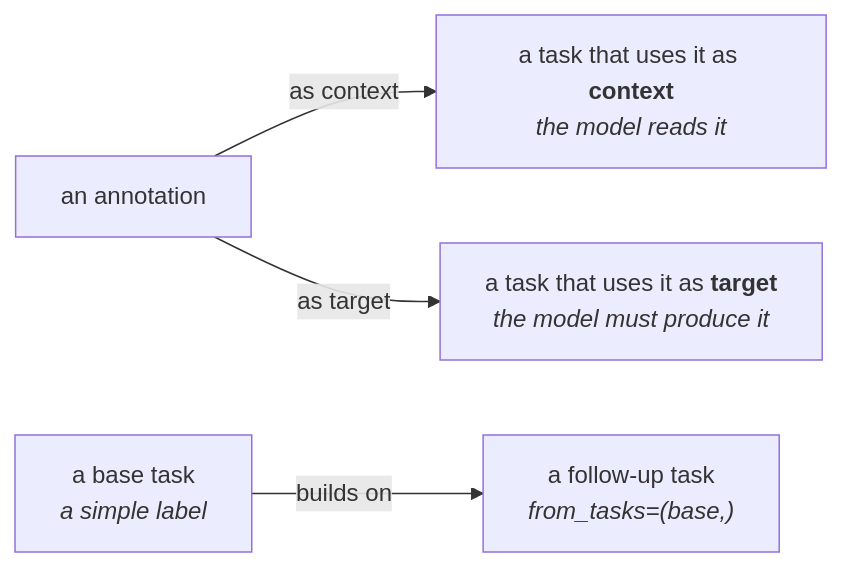
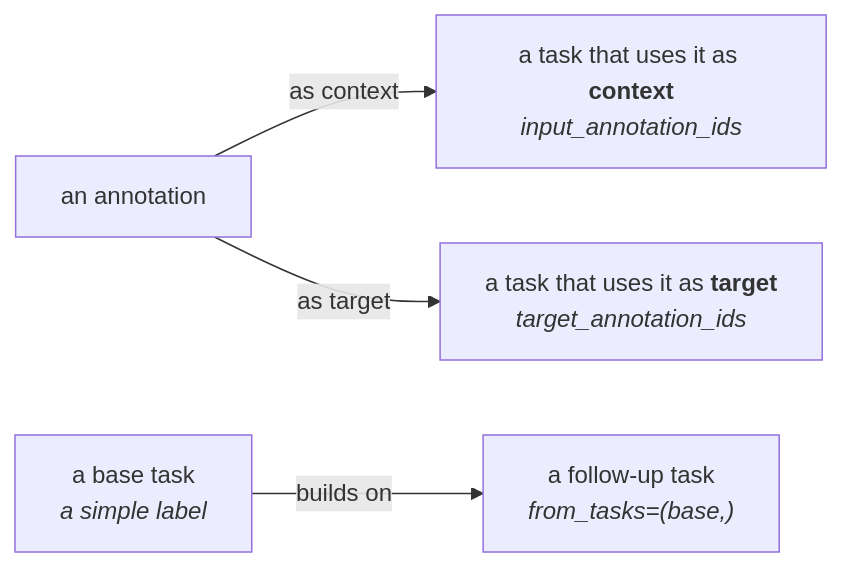
One commit to OpenTSLM/TimeNet changed the diagram in docs/data-model/tasks.md. Above: the diagram before and after it, drawn with Mermaid. The commit also changed other lines of this file and 22 other files, not shown here.

````diff
--- a/docs/data-model/tasks.md
+++ b/docs/data-model/tasks.md
@@ -132,11 +254,11 @@
 ```mermaid
 flowchart LR
     A["an annotation"]
-    C["a task that uses it as <b>context</b><br/><i>the model reads it</i>"]
-    T["a task that uses it as <b>target</b><br/><i>the model must produce it</i>"]
+    C["a task that uses it as <b>context</b><br/><i>input_annotation_ids</i>"]
+    T["a task that uses it as <b>target</b><br/><i>target_annotation_ids</i>"]
     A -->|as context| C
     A -->|as target| T
     B["a base task<br/><i>a simple label</i>"]
     R["a follow-up task<br/><i>from_tasks=(base,)</i>"]
     B -->|builds on| R
 ```
````
